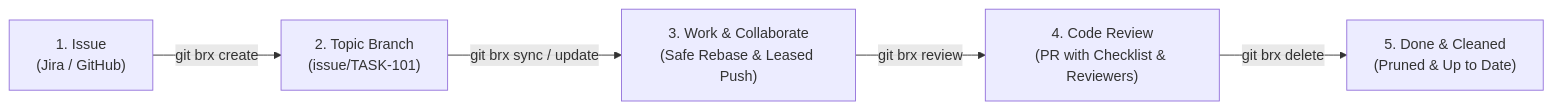
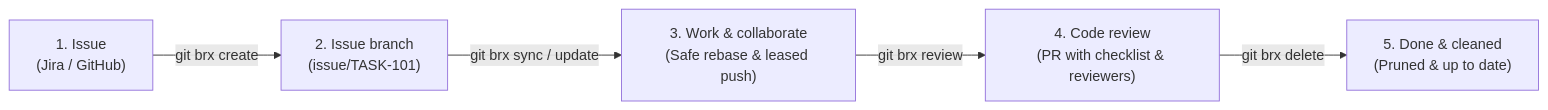
One commit to bvarnai/git-brx changed the diagram in README.md. Above: the diagram before and after it, drawn with Mermaid. The commit also changed other lines of this file and 23 other files, not shown here.

````diff
--- a/README.md
+++ b/README.md
@@ -72,7 +66,7 @@
 ```mermaid
 flowchart LR
-    A["1. Issue<br/>(Jira / GitHub)"] -->|"git brx create"| B["2. Topic Branch<br/>(issue/TASK-101)"]
-    B -->|"git brx sync / update"| C["3. Work & Collaborate<br/>(Safe Rebase & Leased Push)"]
-    C -->|"git brx review"| D["4. Code Review<br/>(PR with Checklist & Reviewers)"]
-    D -->|"git brx delete"| E["5. Done & Cleaned<br/>(Pruned & Up to Date)"]
+    A["1. Issue<br/>(Jira / GitHub)"] -->|"git brx create"| B["2. Issue branch<br/>(issue/TASK-101)"]
+    B -->|"git brx sync / update"| C["3. Work & collaborate<br/>(Safe rebase & leased push)"]
+    C -->|"git brx review"| D["4. Code review<br/>(PR with checklist & reviewers)"]
+    D -->|"git brx delete"| E["5. Done & cleaned<br/>(Pruned & up to date)"]
 ```
````
